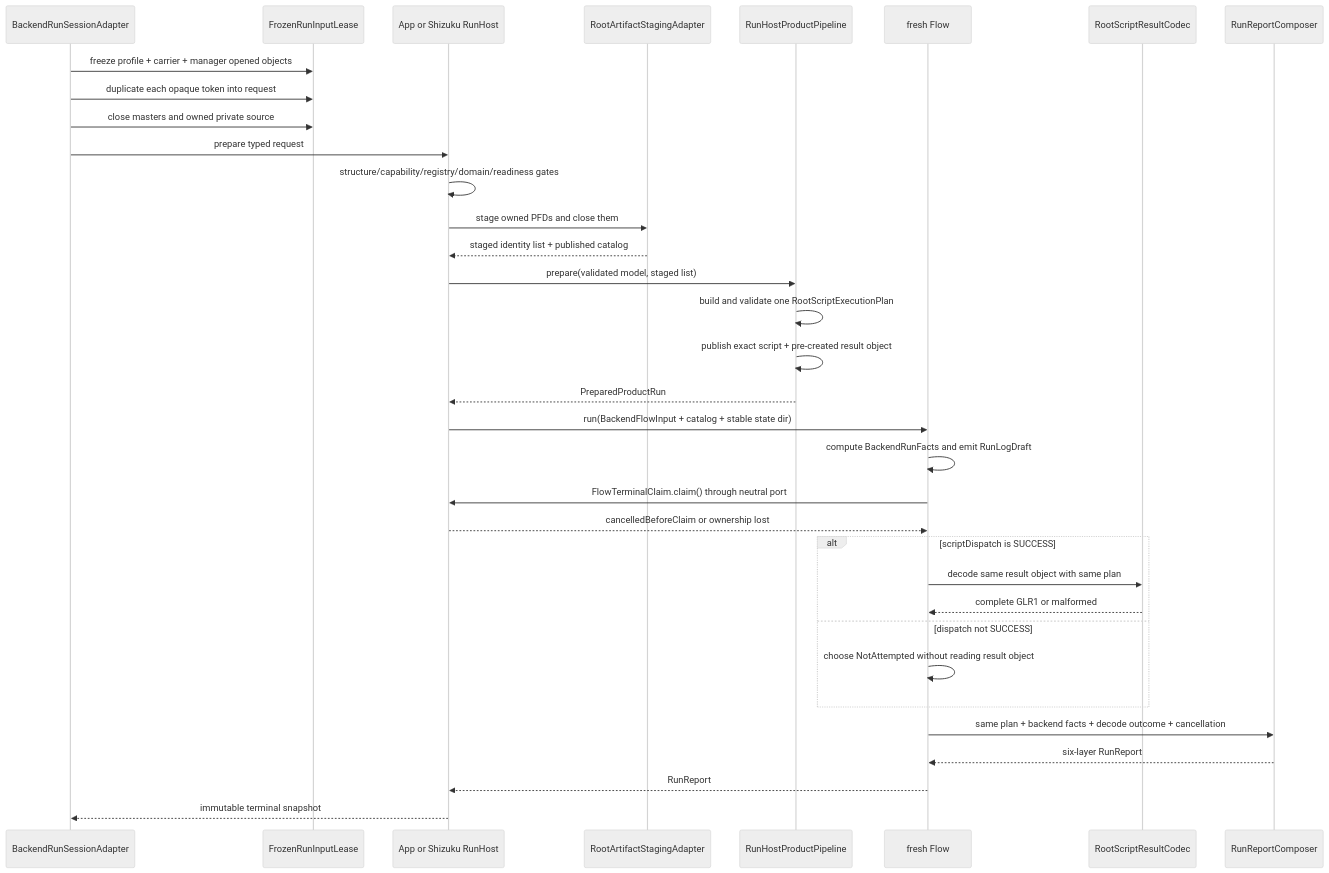
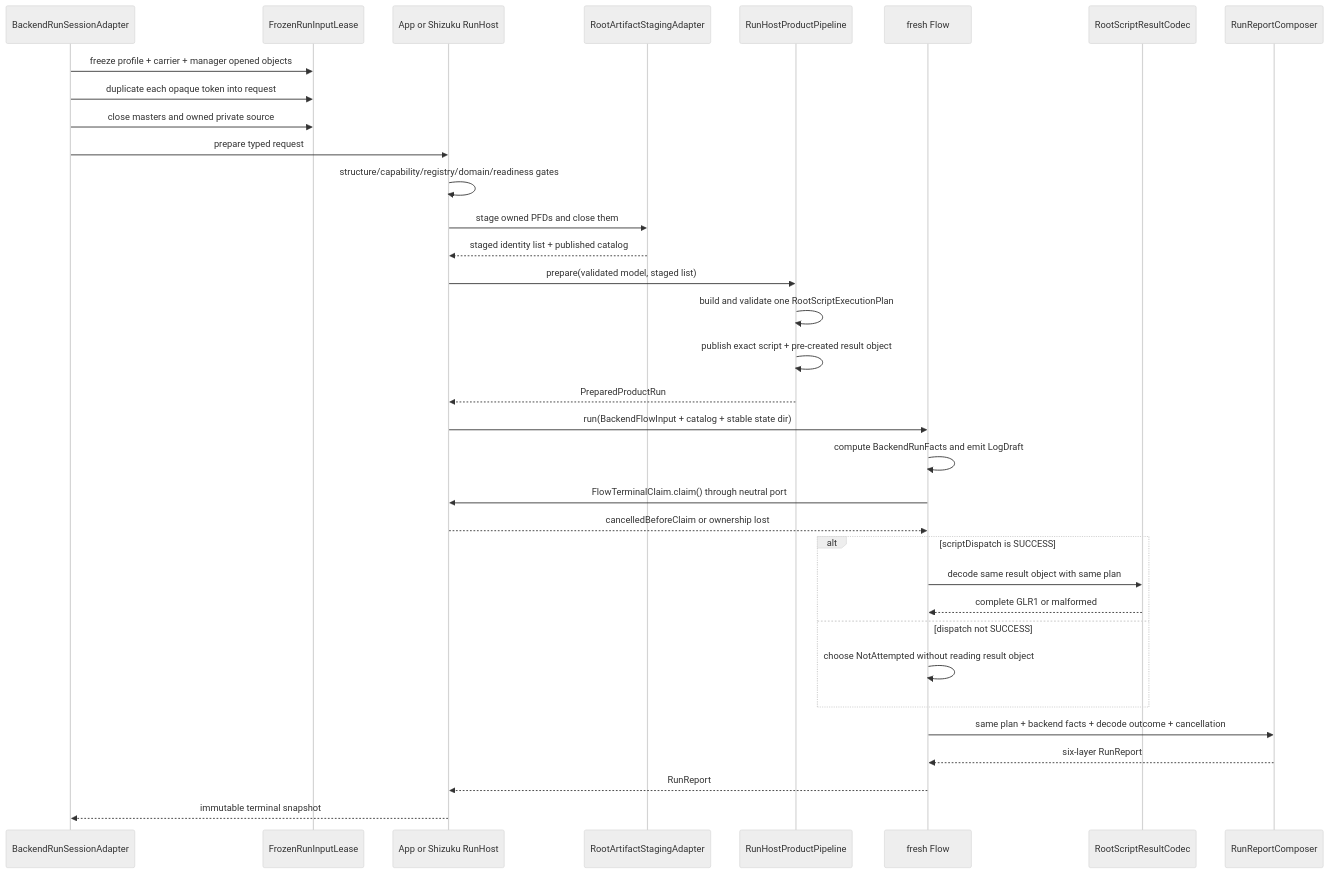
One commit to YuKongA/ghostlock-app changed diagram 51 of 56 in docs/development/full-process-uml.md. Above: the diagram before and after it, drawn with Mermaid (neutral theme). The commit also changed other lines of this file and 100 other files, not shown here.

Commit message:
refactor(run): finalize log hub and diagnose handoff

```diff
--- a/docs/development/full-process-uml.md
+++ b/docs/development/full-process-uml.md
@@ -1751,37 +1802,37 @@
 ~~~mermaid
 sequenceDiagram
   participant A as BackendRunSessionAdapter
   participant L as FrozenRunInputLease
   participant H as App or Shizuku RunHost
   participant S as RootArtifactStagingAdapter
   participant P as RunHostProductPipeline
   participant F as fresh Flow
   participant C as RootScriptResultCodec
   participant R as RunReportComposer
 
   A->>L: freeze profile + carrier + manager opened objects
   A->>L: duplicate each opaque token into request
   A->>L: close masters and owned private source
   A->>H: prepare typed request
   H->>H: structure/capability/registry/domain/readiness gates
   H->>S: stage owned PFDs and close them
   S-->>H: staged identity list + published catalog
   H->>P: prepare(validated model, staged list)
   P->>P: build and validate one RootScriptExecutionPlan
   P->>P: publish exact script + pre-created result object
   P-->>H: PreparedProductRun
   H->>F: run(BackendFlowInput + catalog + stable state dir)
-  F->>F: compute BackendRunFacts and emit RunLogDraft
+  F->>F: compute BackendRunFacts and emit LogDraft
   F->>H: FlowTerminalClaim.claim() through neutral port
   H-->>F: cancelledBeforeClaim or ownership lost
   alt scriptDispatch is SUCCESS
     F->>C: decode same result object with same plan
     C-->>F: complete GLR1 or malformed
   else dispatch not SUCCESS
     F->>F: choose NotAttempted without reading result object
   end
   F->>R: same plan + backend facts + decode outcome + cancellation
   R-->>F: six-layer RunReport
   F-->>H: RunReport
   H-->>A: immutable terminal snapshot
 ~~~
```
